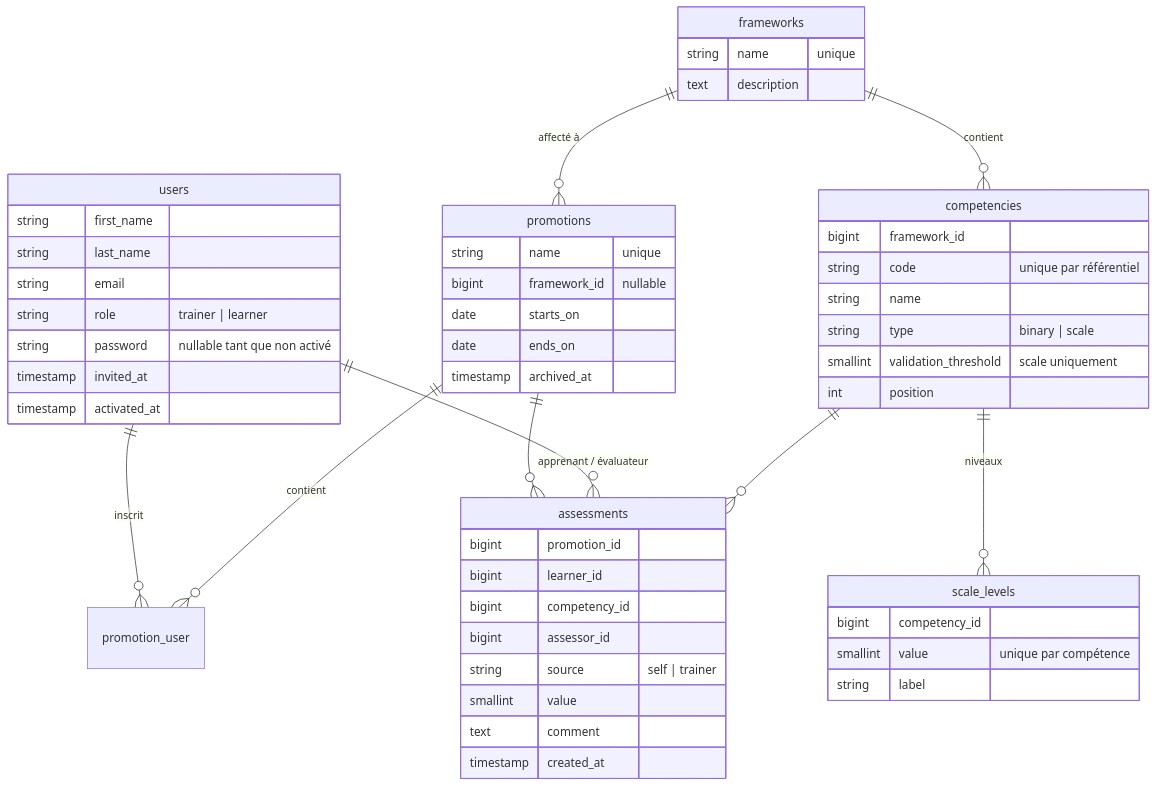
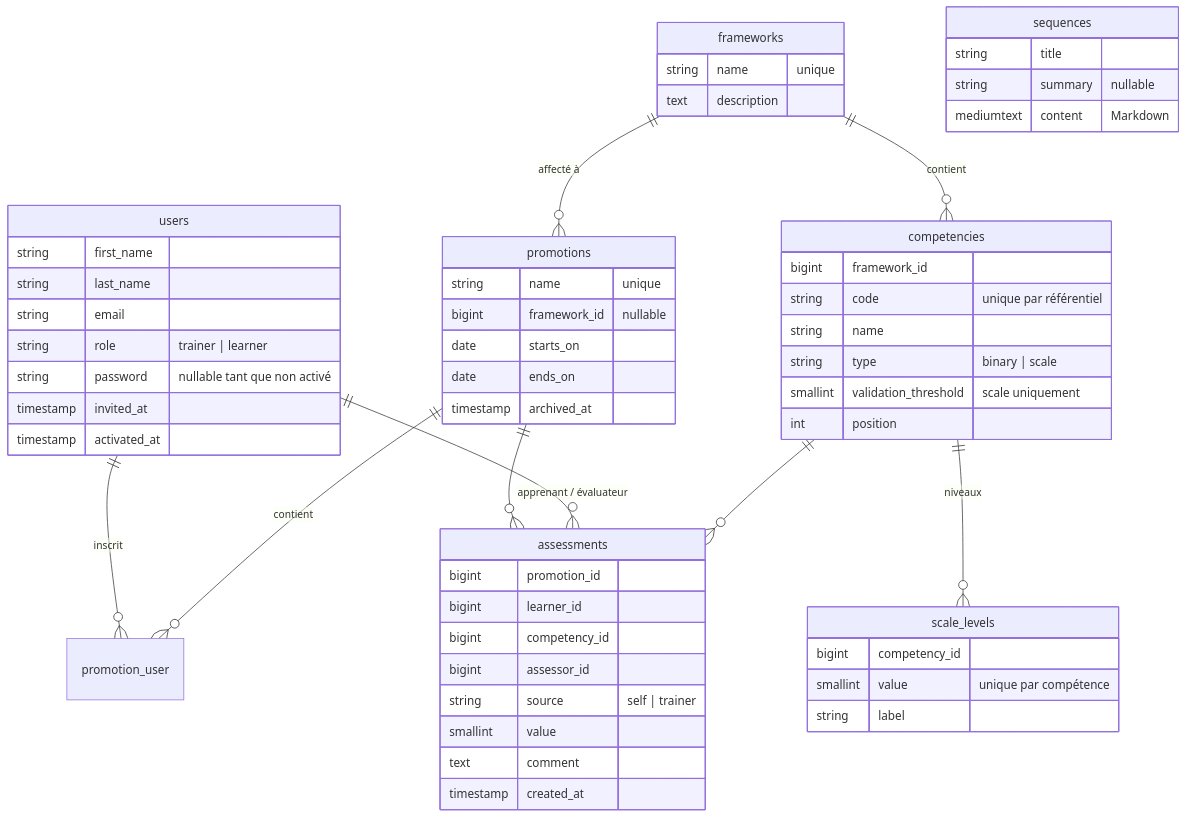
One commit to fievel20/light-lms changed the diagram in docs/architecture.md. Above: the diagram before and after it, drawn with Mermaid. The commit also changed other lines of this file and 22 other files, not shown here.

````diff
--- a/docs/architecture.md
+++ b/docs/architecture.md
@@ -18,55 +18,60 @@
 ```mermaid
 erDiagram
     users ||--o{ promotion_user : "inscrit"
     promotions ||--o{ promotion_user : "contient"
     frameworks ||--o{ promotions : "affecté à"
     frameworks ||--o{ competencies : "contient"
     competencies ||--o{ scale_levels : "niveaux"
     promotions ||--o{ assessments : ""
     users ||--o{ assessments : "apprenant / évaluateur"
     competencies ||--o{ assessments : ""
 
     users {
         string first_name
         string last_name
         string email
         string role "trainer | learner"
         string password "nullable tant que non activé"
         timestamp invited_at
         timestamp activated_at
     }
     promotions {
         string name "unique"
         bigint framework_id "nullable"
         date starts_on
         date ends_on
         timestamp archived_at
     }
     frameworks {
         string name "unique"
         text description
     }
     competencies {
         bigint framework_id
         string code "unique par référentiel"
         string name
         string type "binary | scale"
         smallint validation_threshold "scale uniquement"
         int position
     }
     scale_levels {
         bigint competency_id
         smallint value "unique par compétence"
         string label
     }
     assessments {
         bigint promotion_id
         bigint learner_id
         bigint competency_id
         bigint assessor_id
         string source "self | trainer"
         smallint value
         text comment
         timestamp created_at
     }
+    sequences {
+        string title
+        string summary "nullable"
+        mediumtext content "Markdown"
+    }
 ```
````
